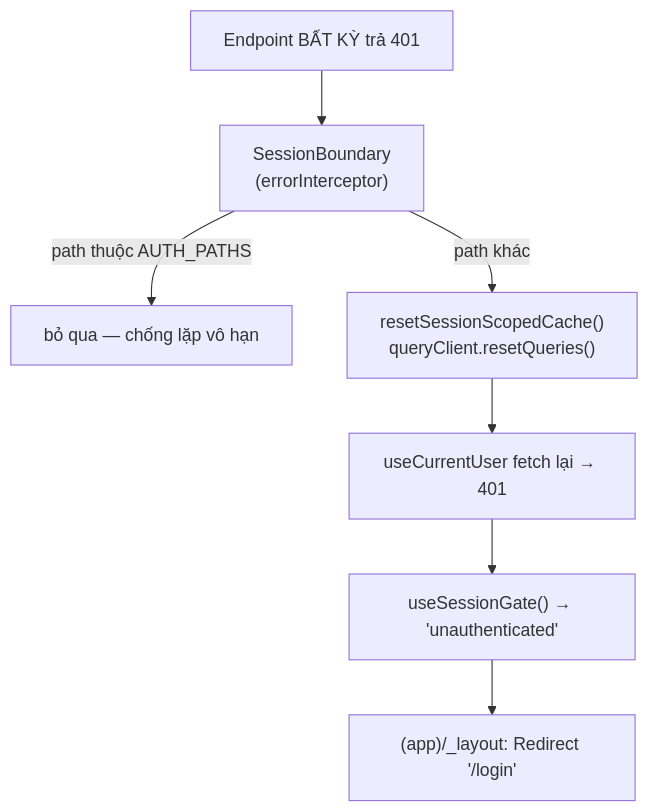
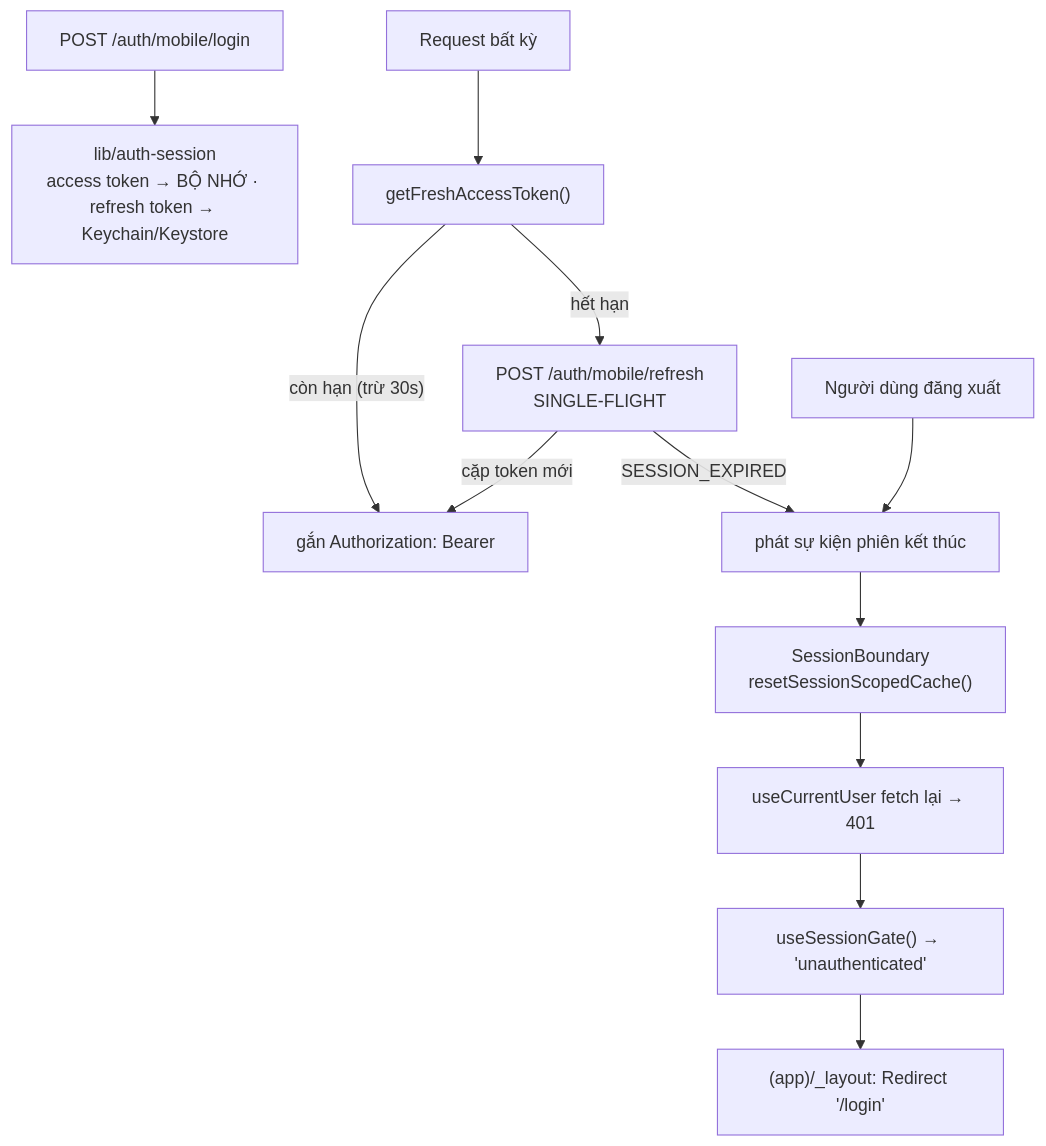
The fourth of 4 diagrams in apps/mobile/README.md (daihanhbvt/xeprime), drawn with Mermaid before and after one commit. The commit also changed other lines of this file and 27 other files, not shown here.

Commit message:
feat(mobile): call api with bearer via shared client

````diff
--- a/apps/mobile/README.md
+++ b/apps/mobile/README.md
@@ -195,9 +212,14 @@
 ```mermaid
 flowchart TD
-  E["Endpoint BẤT KỲ trả 401"] --> B["SessionBoundary<br/>(errorInterceptor)"]
-  B -->|"path thuộc AUTH_PATHS"| Z["bỏ qua — chống lặp vô hạn"]
-  B -->|"path khác"| R["resetSessionScopedCache()<br/>queryClient.resetQueries()"]
-  R --> Q["useCurrentUser fetch lại → 401"]
-  Q --> G["useSessionGate() → 'unauthenticated'"]
-  G --> N["(app)/_layout: Redirect '/login'"]
+  L["POST /auth/mobile/login"] --> T["lib/auth-session<br/>access token → BỘ NHỚ · refresh token → Keychain/Keystore"]
+  R["Request bất kỳ"] --> G["getFreshAccessToken()"]
+  G -->|"còn hạn (trừ 30s)"| H["gắn Authorization: Bearer"]
+  G -->|"hết hạn"| F["POST /auth/mobile/refresh<br/>SINGLE-FLIGHT"]
+  F -->|"cặp token mới"| H
+  F -->|"SESSION_EXPIRED"| E["phát sự kiện phiên kết thúc"]
+  O["Người dùng đăng xuất"] --> E
+  E --> B["SessionBoundary<br/>resetSessionScopedCache()"]
+  B --> Q["useCurrentUser fetch lại → 401"]
+  Q --> S["useSessionGate() → 'unauthenticated'"]
+  S --> N["(app)/_layout: Redirect '/login'"]
 ```
````
